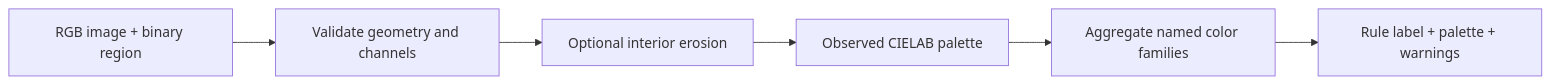
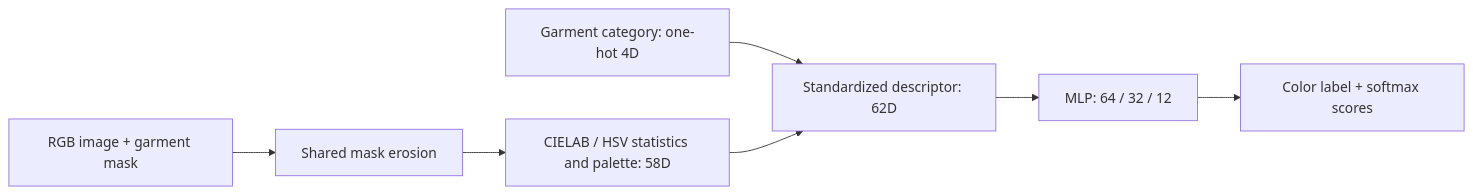
The diagram in README.md (folklazy/Garment-Color-Extractor), drawn with Mermaid before and after one commit. The commit also changed other lines of this file and 2 other files, not shown here.

Commit message:
docs: foreground selected MLP and separate README research sections

````diff
--- a/README.md
+++ b/README.md
@@ -15,8 +11,9 @@
 ```mermaid
 flowchart LR
-    A[RGB image + binary region] --> B[Validate geometry and channels]
-    B --> C[Optional interior erosion]
-    C --> D[Observed CIELAB palette]
-    D --> E[Aggregate named color families]
-    E --> F[Rule label + palette + warnings]
+    A[RGB image + garment mask] --> B[Shared mask erosion]
+    B --> C[CIELAB / HSV statistics and palette: 58D]
+    D[Garment category: one-hot 4D] --> E[Standardized descriptor: 62D]
+    C --> E
+    E --> F[MLP: 64 / 32 / 12]
+    F --> G[Color label + softmax scores]
 ```
````
